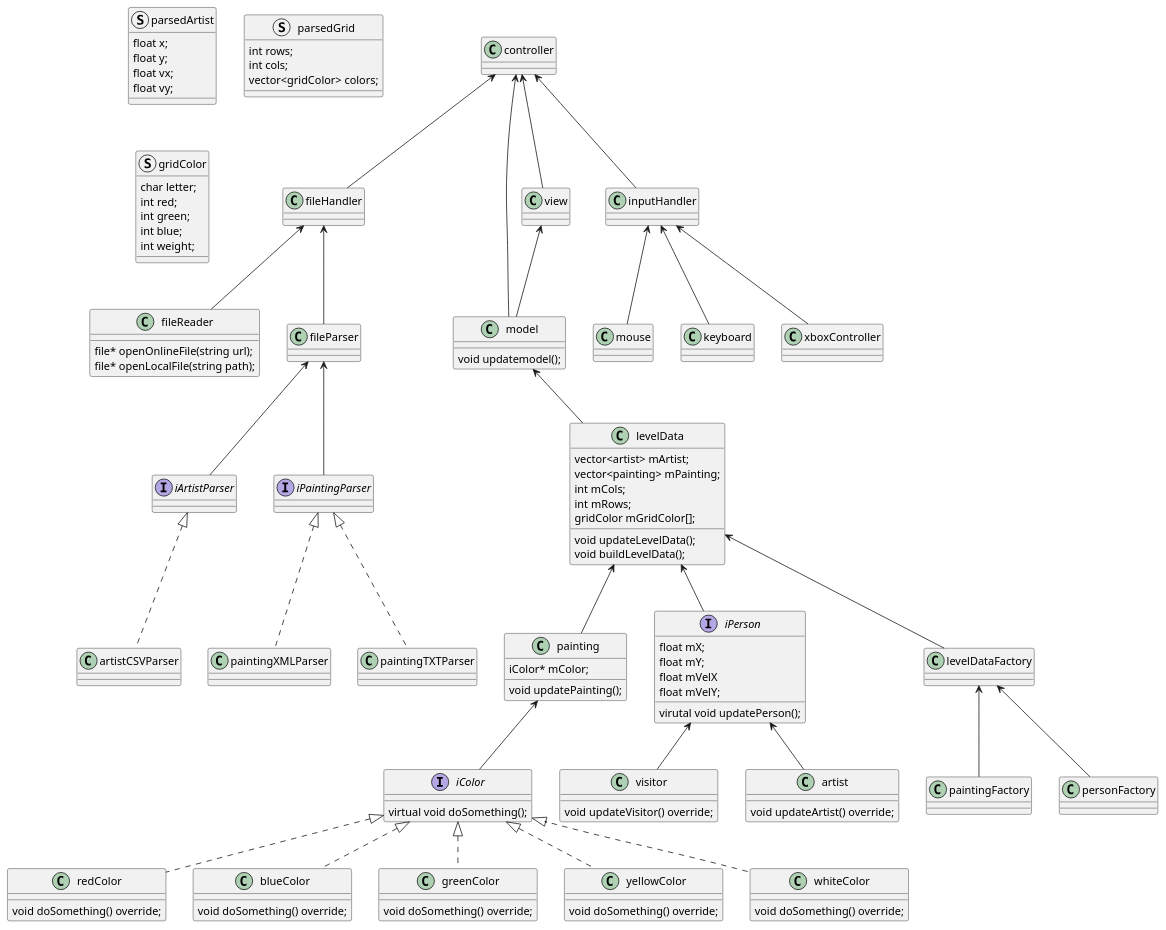
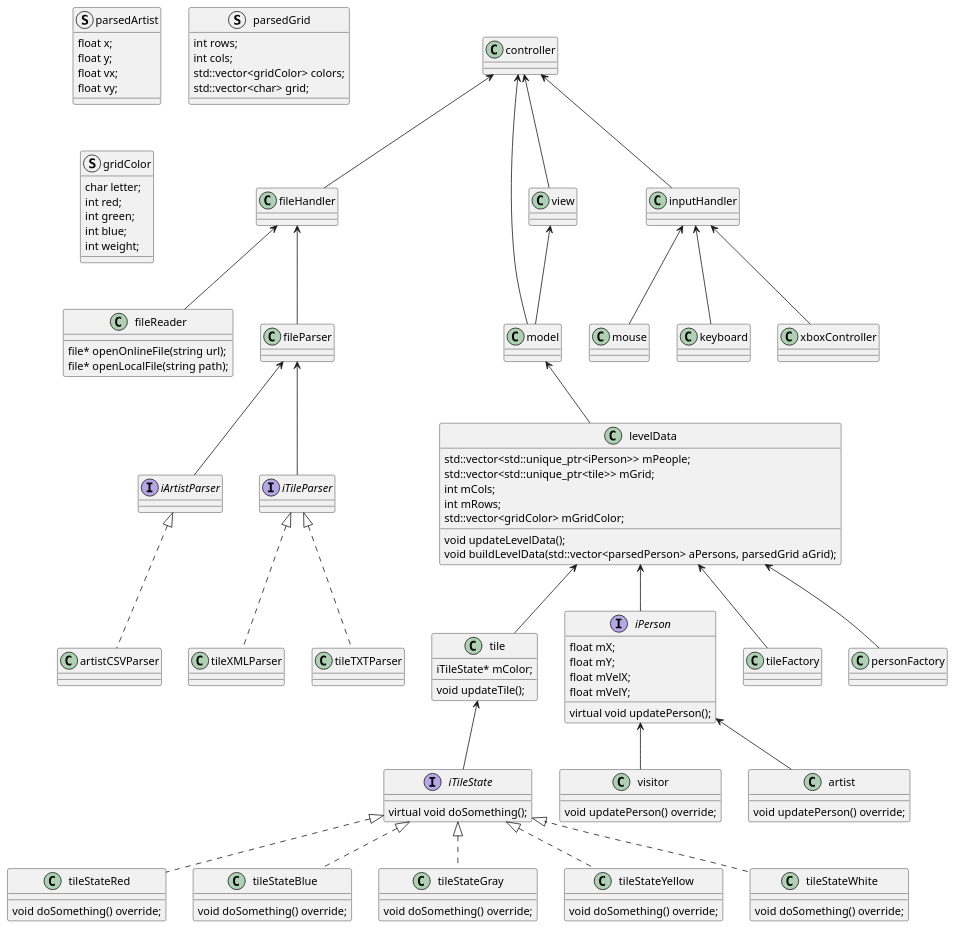
Before and after one commit to heavydragon99/AlgaDepa_Assesment: the diagram in docs/classDiagram.puml, drawn with PlantUML. The commit also changed 46 other files, not shown here.

```diff
--- a/docs/classDiagram.puml
+++ b/docs/classDiagram.puml
@@ -1,187 +1,182 @@
 @startuml
 
 class fileHandler {
 }
 
 class fileReader {
     file* openOnlineFile(string url);
     file* openLocalFile(string path);
 }
 
 class fileParser {
 }
 
 interface iArtistParser {
 
 }
 
-interface iPaintingParser {
+interface iTileParser {
 
 }
-
 
 class artistCSVParser{ 
 }
 
-class paintingXMLParser {
+class tileXMLParser {
 }
 
-class paintingTXTParser {
+class tileTXTParser {
 }
 
 class controller{
 
 }
 
 class model{
-    void updatemodel();
 }
 
 class levelData{
     void updateLevelData();
-    void buildLevelData();
+    void buildLevelData(std::vector<parsedPerson> aPersons, parsedGrid aGrid);
 
-    vector<artist> mArtist;
-    vector<painting> mPainting;
+    std::vector<std::unique_ptr<iPerson>> mPeople;
+    std::vector<std::unique_ptr<tile>> mGrid;
     int mCols;
     int mRows;
-    gridColor mGridColor[];
+    std::vector<gridColor> mGridColor;
 }
 
-class painting{
-    void updatePainting();
+class tile{
+    void updateTile();
 
-    iColor* mColor;
+    iTileState* mColor;
 }
 
-interface iColor{
+interface iTileState{
     virtual void doSomething();
 }
 
-class redColor{
+class tileStateRed{
     void doSomething() override;
 }
 
-class blueColor{
+class tileStateBlue{
     void doSomething() override;
 }
 
-class greenColor{
+class tileStateGray{
     void doSomething() override;
 }
 
-class yellowColor{
+class tileStateYellow{
     void doSomething() override;
 }
 
-class whiteColor{
+class tileStateWhite{
     void doSomething() override;
 }
 
 interface iPerson{
-    virutal void updatePerson();
+    virtual void updatePerson();
 
     float mX;
     float mY;
-    float mVelX
+    float mVelX;
     float mVelY;
 }
 
 class visitor{
-    void updateVisitor() override;
+    void updatePerson() override;
 }
 
 class artist{
-    void updateArtist() override;
+    void updatePerson() override;
 }
 
 class inputHandler{
 }
 
 class mouse{
     ' use 3rd party library to get mouse coordinates and translate to generic data
 }
 
 class keyboard{
     ' use 3rd party library to get keyboard input and translate to generic data
 }
 
 class xboxController{
     ' use 3rd party library to get xbox controller input and translate to generic data
 }
 
-class levelDataFactory{}
+class tileFactory{}
 
-class paintingFactory{}
-
-class personFactory{}
+class personFactory{
+}
 
 class view{}
 
 struct parsedArtist{
     float x;
     float y;
     float vx;
     float vy;
 }
 
-' vector<char> parsedPainting()
+' vector<char> parsedTile()
 
 struct parsedGrid{
     int rows;
     int cols;
-    vector<gridColor> colors;
-
+    std::vector<gridColor> colors;
+    std::vector<char> grid;
 }
 
 struct gridColor{
     char letter;
     int red;
     int green;
     int blue;
     int weight;
 }
 
 
 controller <-- fileHandler
 controller <-- model
 controller <-- inputHandler
 controller <-- view
 view <-- model
 
 ' model
 model <-- levelData
-levelData <-- painting
-painting <-- iColor
-iColor <|.. redColor
-iColor <|.. blueColor
-iColor <|.. greenColor
-iColor <|.. yellowColor
-iColor <|.. whiteColor
+levelData <-- tile
+tile <-- iTileState
+iTileState <|.. tileStateRed
+iTileState <|.. tileStateBlue
+iTileState <|.. tileStateGray
+iTileState <|.. tileStateYellow
+iTileState <|.. tileStateWhite
 
 levelData <-- iPerson
 iPerson <-- visitor
 iPerson <-- artist
 
-levelData <-- levelDataFactory
-
-levelDataFactory <-- paintingFactory
-levelDataFactory <-- personFactory
+levelData <-- tileFactory
+levelData <-- personFactory
 
 ' filehandler
 fileHandler <-- fileReader
 
 ' Parser
 fileHandler <-- fileParser
 fileParser <-- iArtistParser
-fileParser <-- iPaintingParser
+fileParser <-- iTileParser
 
 iArtistParser <|.. artistCSVParser
-iPaintingParser <|.. paintingTXTParser
-iPaintingParser <|.. paintingXMLParser
+iTileParser <|.. tileTXTParser
+iTileParser <|.. tileXMLParser
 
 ' inputHandler
 inputHandler <-- mouse
 inputHandler <-- keyboard
 inputHandler <-- xboxController
 @enduml
```
